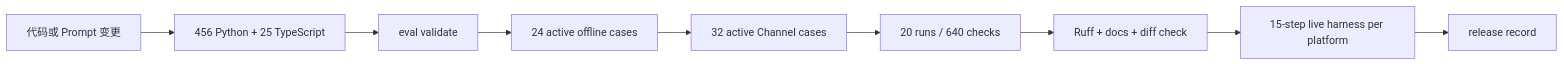
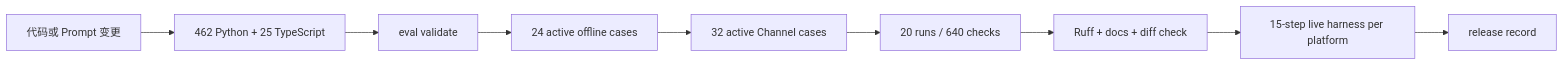
One commit to NEDONION/lobster0 changed the diagram in docs/evals/README.md. Above: the diagram before and after it, drawn with Mermaid. The commit also changed other lines of this file and 17 other files, not shown here.

````diff
--- a/docs/evals/README.md
+++ b/docs/evals/README.md
@@ -18,11 +18,11 @@
 ```mermaid
 flowchart LR
-    CHANGE["代码或 Prompt 变更"] --> UNIT["456 Python + 25 TypeScript"]
+    CHANGE["代码或 Prompt 变更"] --> UNIT["462 Python + 25 TypeScript"]
     UNIT --> VALIDATE["eval validate"]
     VALIDATE --> OFFLINE["24 active offline cases"]
     OFFLINE --> CHANNEL["32 active Channel cases"]
     CHANNEL --> SOAK["20 runs / 640 checks"]
     SOAK --> RUFF["Ruff + docs + diff check"]
     RUFF --> LIVE["15-step live harness per platform"]
     LIVE --> RECORD["release record"]
 ```
````
